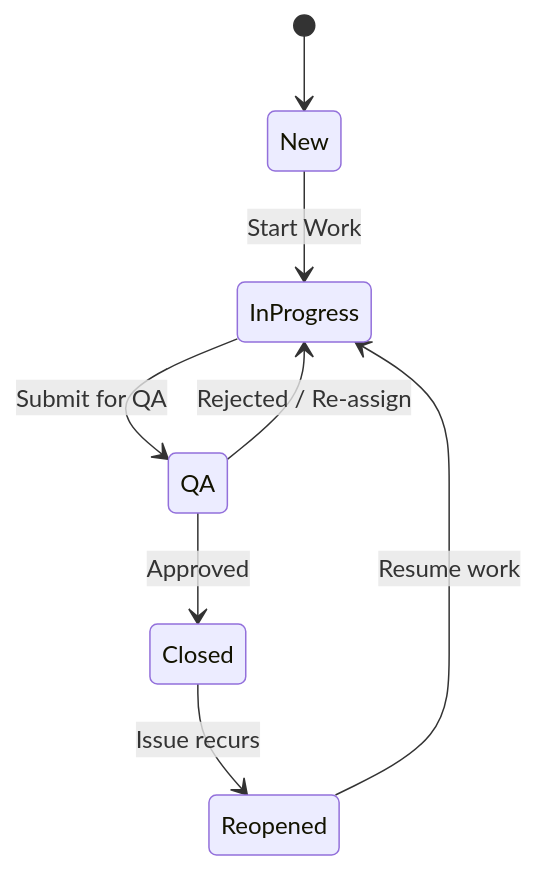
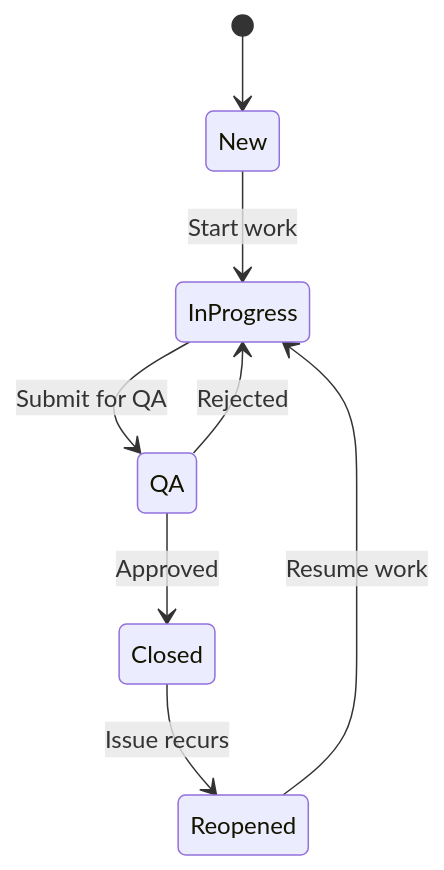
The second of 2 diagrams in PRD.md (Blakros3s/Ticket.np), drawn with Mermaid before and after one commit. The commit also changed other lines of this file and 97 other files, not shown here.

````diff
--- a/PRD.md
+++ b/PRD.md
@@ -143,10 +322,10 @@
-  ```mermaid
-  stateDiagram-v2
-      [*] --> New
-      New --> InProgress : Start Work
-      InProgress --> QA : Submit for QA
-      QA --> Closed : Approved
-      QA --> InProgress : Rejected / Re-assign
-      Closed --> Reopened : Issue recurs
-      Reopened --> InProgress : Resume work
-  ```
+```mermaid
+stateDiagram-v2
+    [*] --> New
+    New --> InProgress : Start work
+    InProgress --> QA : Submit for QA
+    QA --> Closed : Approved
+    QA --> InProgress : Rejected
+    Closed --> Reopened : Issue recurs
+    Reopened --> InProgress : Resume work
+```
````
